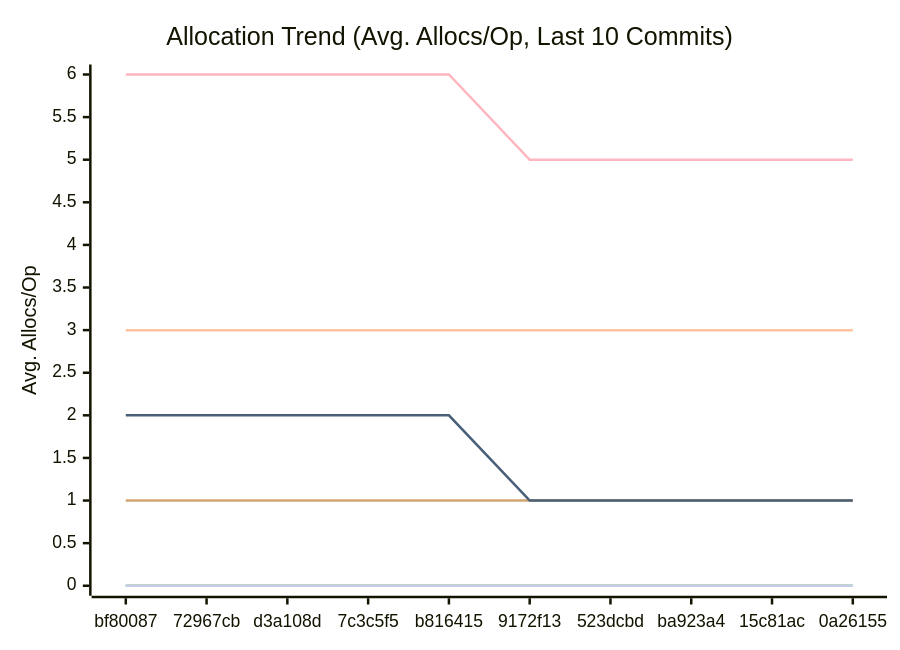
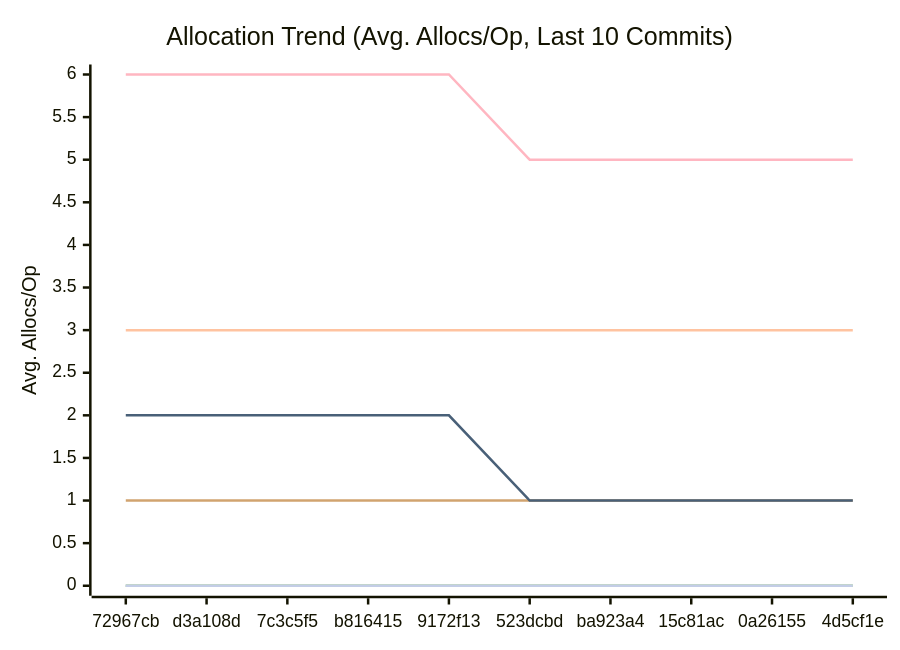
The third of 3 diagrams in docs/PERFORMANCE.md (alsotoes/momo), drawn with Mermaid before and after one commit. The commit also changed other lines of this file and 3 other files, not shown here.

````diff
--- a/docs/PERFORMANCE.md
+++ b/docs/PERFORMANCE.md
@@ -114,16 +115,16 @@
 ```mermaid
 xychart-beta
     title "Allocation Trend (Avg. Allocs/Op, Last 10 Commits)"
     x-axis "Commit"
     y-axis "Avg. Allocs/Op"
-    x-axis [bf80087,72967cb,d3a108d,7c3c5f5,b816415,9172f13,523dcbd,ba923a4,15c81ac,0a26155]
+    x-axis [72967cb,d3a108d,7c3c5f5,b816415,9172f13,523dcbd,ba923a4,15c81ac,0a26155,4d5cf1e]
     line "CheckMetricsAndSwap" [0,0,0,0,0,0,0,0,0,0]
     line "CrushOptimized" [0,0,0,0,0,0,0,0,0,0]
     line "CrushOriginal" [3,3,3,3,3,3,3,3,3,3]
     line "IndexDirectTracking" [0,0,0,0,0,0,0,0,0,0]
     line "IndexSearch" [0,0,0,0,0,0,0,0,0,0]
     line "LoadGlobalConfig" [1,1,1,1,1,1,1,1,1,1]
     line "PadString" [0,0,0,0,0,0,0,0,0,0]
     line "ParseReplicationOrder_NoPrealloc" [6,6,6,6,6,5,5,5,5,5]
     line "ParseReplicationOrder_Prealloc" [2,2,2,2,2,1,1,1,1,1]
 ```
````
